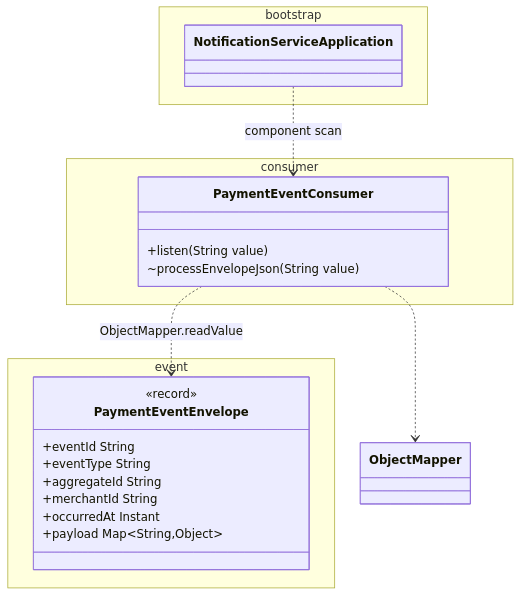
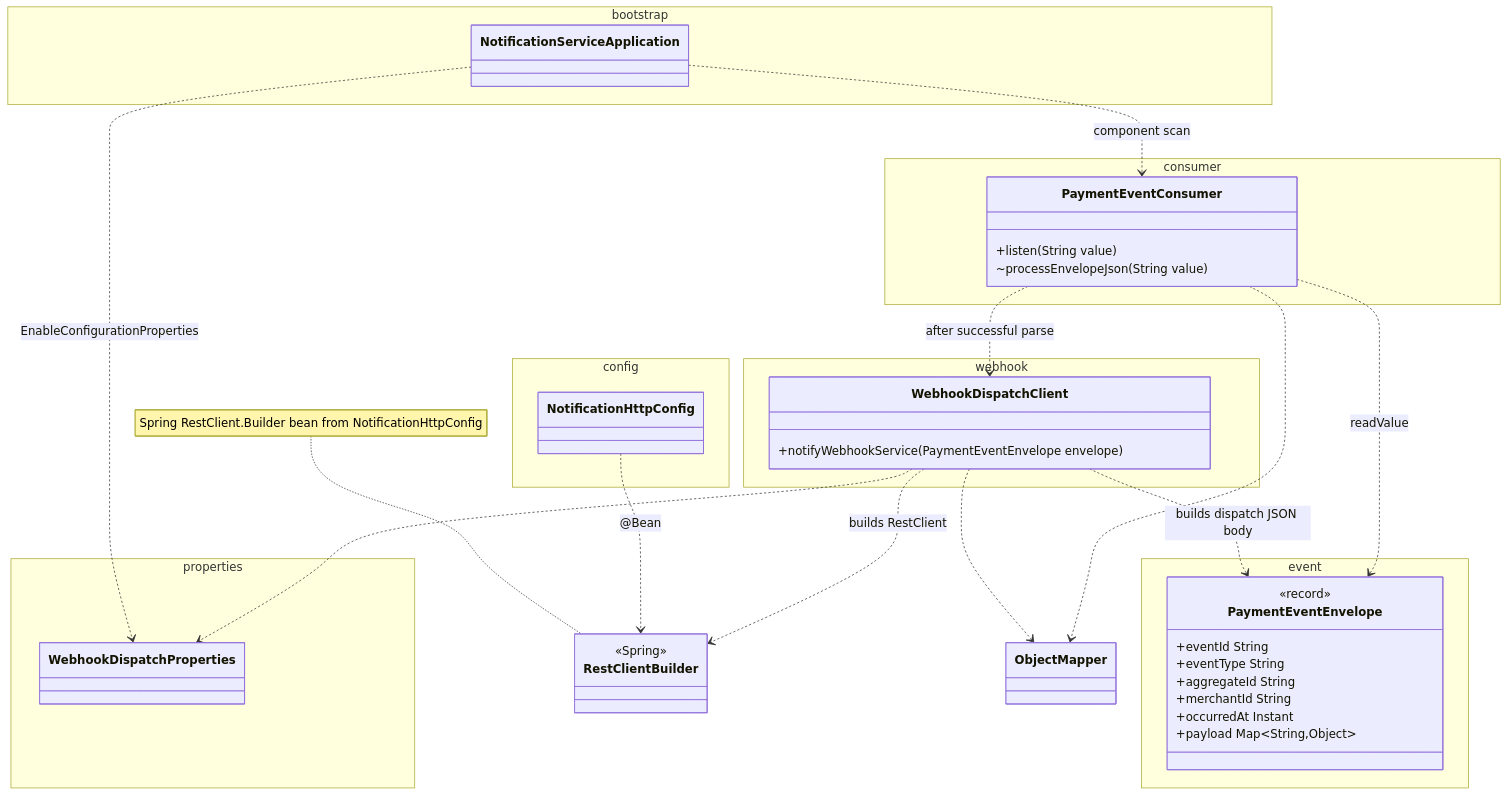
One commit to oelt16/PayFlow changed the diagram in backend/notification-service/docs/class-diagram.md. Above: the diagram before and after it, drawn with Mermaid. The commit also changed other lines of this file and 105 other files, not shown here.

Commit message:
Phase 4: Refunds & Webhook service

````diff
--- a/backend/notification-service/docs/class-diagram.md
+++ b/backend/notification-service/docs/class-diagram.md
@@ -5,30 +5,57 @@
 ```mermaid
 classDiagram
   direction TB
 
   namespace bootstrap {
     class NotificationServiceApplication
+  }
+
+  namespace config {
+    class NotificationHttpConfig
+  }
+
+  namespace properties {
+    class WebhookDispatchProperties
   }
 
   namespace event {
     class PaymentEventEnvelope <<record>> {
       +eventId String
       +eventType String
       +aggregateId String
       +merchantId String
       +occurredAt Instant
       +payload Map~String,Object~
     }
   }
 
+  namespace webhook {
+    class WebhookDispatchClient {
+      +notifyWebhookService(PaymentEventEnvelope envelope)
+    }
+  }
+
   namespace consumer {
     class PaymentEventConsumer {
       +listen(String value)
       ~processEnvelopeJson(String value)
     }
   }
 
   NotificationServiceApplication ..> PaymentEventConsumer : component scan
-  PaymentEventConsumer ..> PaymentEventEnvelope : ObjectMapper.readValue
+  NotificationServiceApplication ..> WebhookDispatchProperties : EnableConfigurationProperties
+
+  class RestClientBuilder <<Spring>>
+  note for RestClientBuilder "Spring RestClient.Builder bean from NotificationHttpConfig"
+
+  NotificationHttpConfig ..> RestClientBuilder : @Bean
+
+  WebhookDispatchClient ..> RestClientBuilder : builds RestClient
+  WebhookDispatchClient ..> WebhookDispatchProperties
+  WebhookDispatchClient ..> ObjectMapper
+  WebhookDispatchClient ..> PaymentEventEnvelope : builds dispatch JSON body
+
   PaymentEventConsumer ..> ObjectMapper
+  PaymentEventConsumer ..> PaymentEventEnvelope : readValue
+  PaymentEventConsumer ..> WebhookDispatchClient : after successful parse
 ```
````
